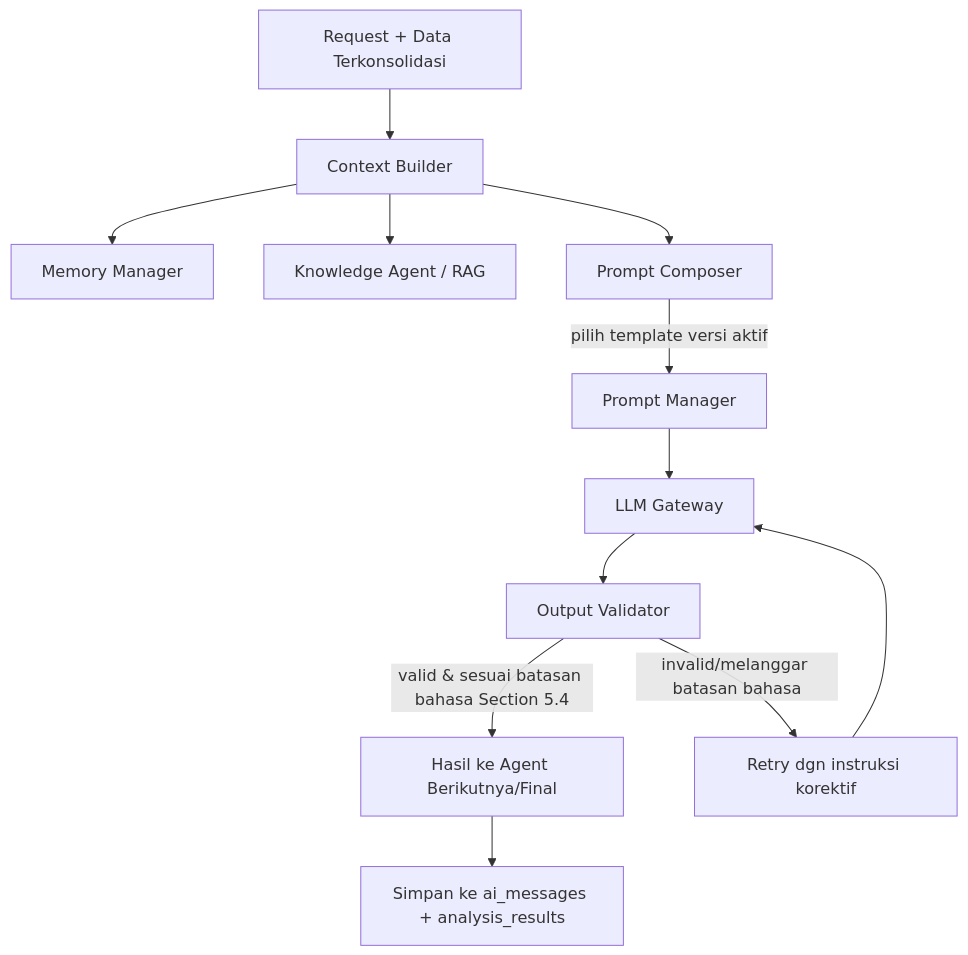
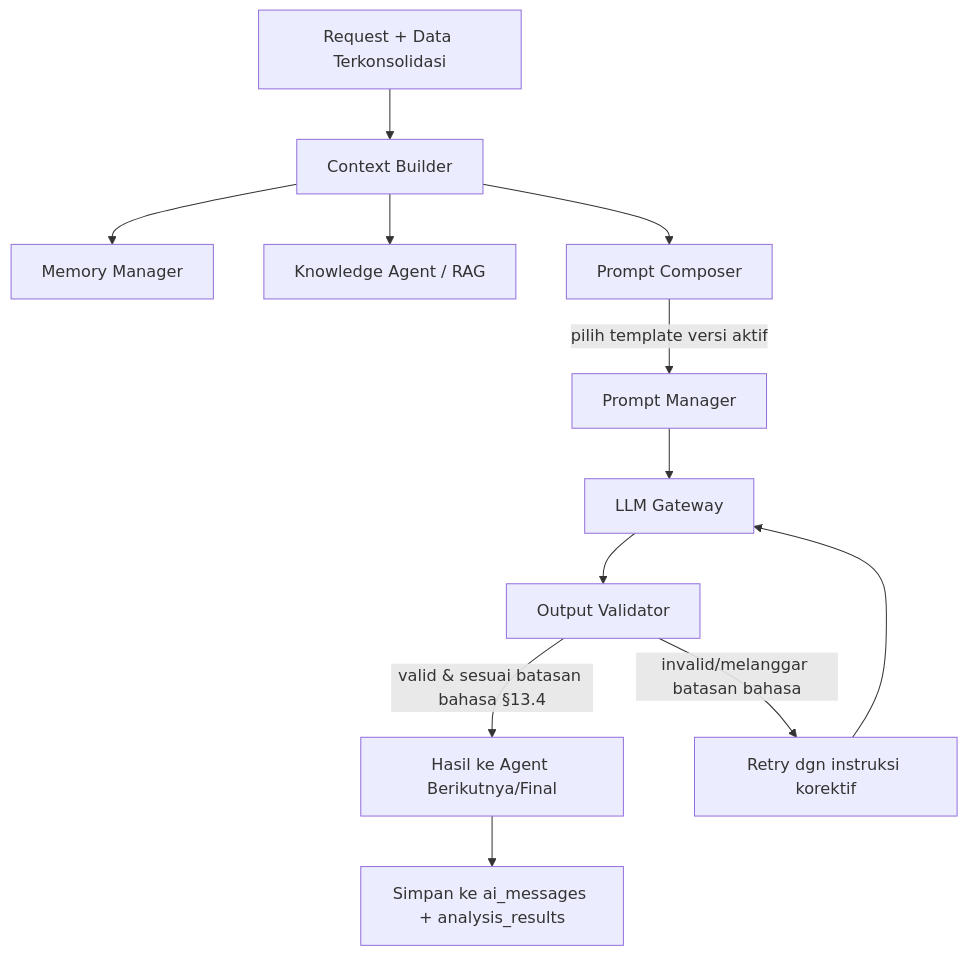
The ninth of 11 diagrams in Dokumen_Perencanaan_AI_Investment_Decision_Support.md (zed378/stock-recommendation-be), drawn with Mermaid before and after one commit. The commit also changed other lines of this file and 11 other files, not shown here.

````diff
--- a/Dokumen_Perencanaan_AI_Investment_Decision_Support.md
+++ b/Dokumen_Perencanaan_AI_Investment_Decision_Support.md
@@ -699,14 +910,14 @@
 ```mermaid
 flowchart TB
     D[Request + Data Terkonsolidasi] --> CB[Context Builder]
     CB --> MM[Memory Manager]
     CB --> KA[Knowledge Agent / RAG]
     CB --> PC[Prompt Composer]
     PC -->|pilih template versi aktif| PM[Prompt Manager]
     PM --> LG[LLM Gateway]
     LG --> OV[Output Validator]
-    OV -->|valid & sesuai batasan bahasa Section 5.4| NEXT[Hasil ke Agent Berikutnya/Final]
+    OV -->|valid & sesuai batasan bahasa §13.4| NEXT[Hasil ke Agent Berikutnya/Final]
     OV -->|invalid/melanggar batasan bahasa| RETRY[Retry dgn instruksi korektif]
     RETRY --> LG
     NEXT --> LOG[Simpan ke ai_messages + analysis_results]
 ```
````
